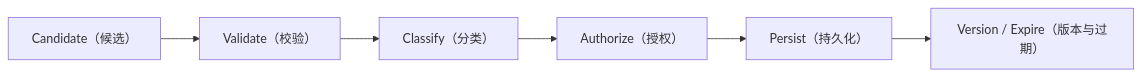
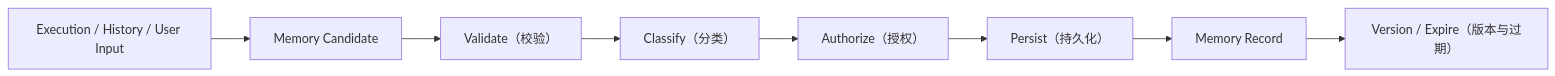
Before and after one commit to AnRun-M/enterprise-ai-agent-handbook: the sixth of 7 diagrams in docs/02-agent-runtime/ch07-memory-context-management.md, drawn with Mermaid. The commit also changed other lines of this file, not shown here.

Commit message:
docs: refine memory and context governance boundaries

````diff
--- a/docs/02-agent-runtime/ch07-memory-context-management.md
+++ b/docs/02-agent-runtime/ch07-memory-context-management.md
@@ -183,8 +247,10 @@
 ```mermaid
 flowchart LR
-    CAND["Candidate（候选）"] --> V["Validate（校验）"]
+    SRC["Execution / History / User Input"] --> CAND["Memory Candidate"]
+    CAND --> V["Validate（校验）"]
     V --> CL["Classify（分类）"]
     CL --> AU["Authorize（授权）"]
     AU --> P["Persist（持久化）"]
-    P --> VE["Version / Expire（版本与过期）"]
+    P --> REC["Memory Record"]
+    REC --> VE["Version / Expire（版本与过期）"]
 ```
````
